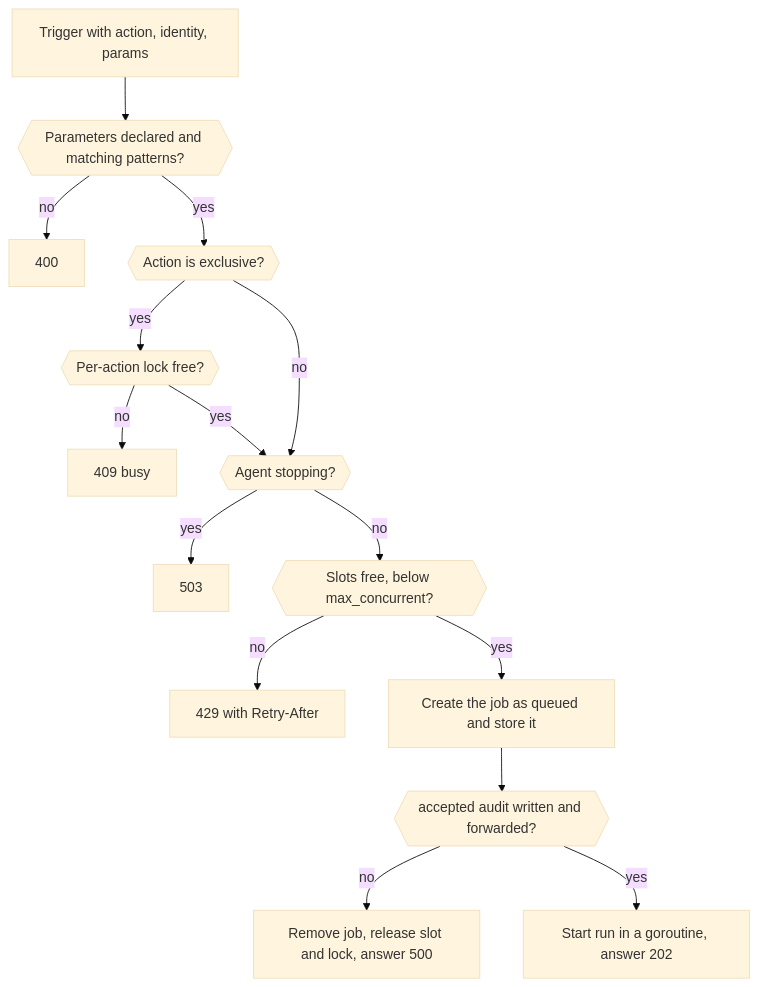
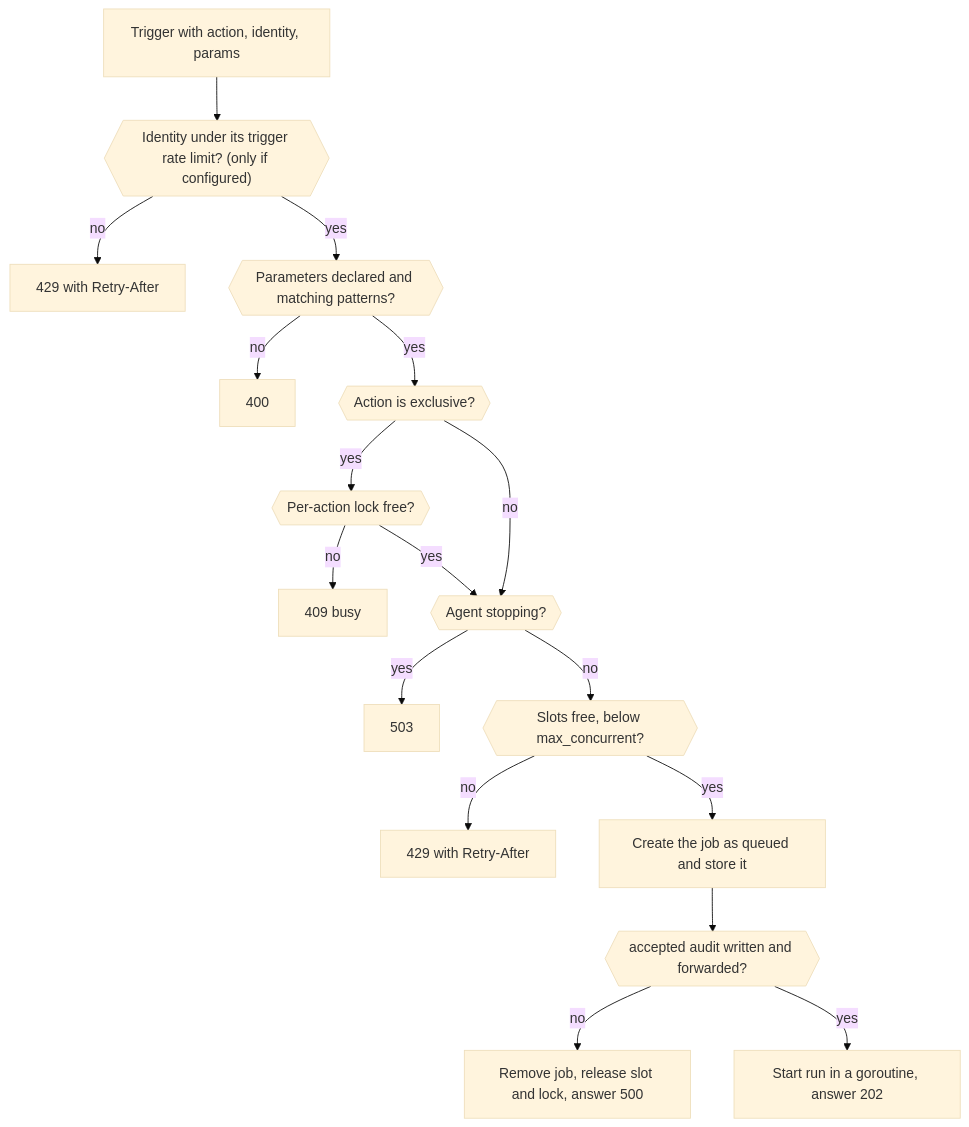
Before and after one commit to nuwandev/axiom: the diagram in presentation/diagrams/mermaid/admission.mmd, drawn with Mermaid (base theme). The commit also changed 12 other files, not shown here.

Commit message:
docs: update the architecture presentation for the new audit sink and rate limit

```diff
--- a/presentation/diagrams/mermaid/admission.mmd
+++ b/presentation/diagrams/mermaid/admission.mmd
@@ -1,17 +1,19 @@
 flowchart TD
     accTitle: Job admission control
-    accDescr: Parameter validation, exclusive lock, shutdown check, slot cap and the accepted audit write that gate a trigger.
-    A["Trigger with action, identity, params"] --> B{{"Parameters declared and matching patterns?"}}
+    accDescr: Trigger rate limit, parameter validation, exclusive lock, shutdown check, slot cap and the accepted audit write that gate a trigger.
+    A["Trigger with action, identity, params"] --> R{{"Identity under its trigger rate limit? (only if configured)"}}
+    R -- "no" --> E0["429 with Retry-After"]
+    R -- "yes" --> B{{"Parameters declared and matching patterns?"}}
     B -- "no" --> E1["400"]
     B -- "yes" --> C{{"Action is exclusive?"}}
     C -- "yes" --> D{{"Per-action lock free?"}}
     D -- "no" --> E2["409 busy"]
     D -- "yes" --> F
     C -- "no" --> F{{"Agent stopping?"}}
     F -- "yes" --> E3["503"]
     F -- "no" --> G{{"Slots free, below max_concurrent?"}}
     G -- "no" --> E4["429 with Retry-After"]
     G -- "yes" --> H["Create the job as queued and store it"]
     H --> I{{"accepted audit written and forwarded?"}}
     I -- "no" --> E5["Remove job, release slot and lock, answer 500"]
     I -- "yes" --> J["Start run in a goroutine, answer 202"]
```
